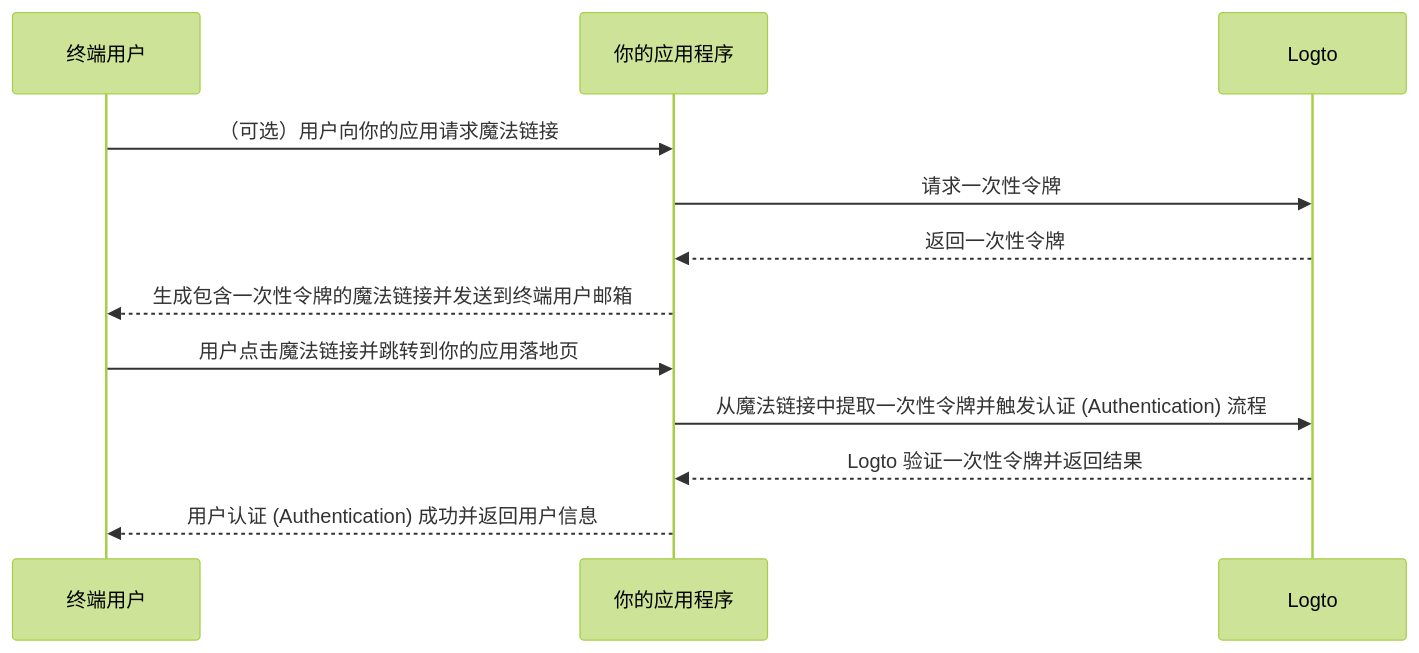
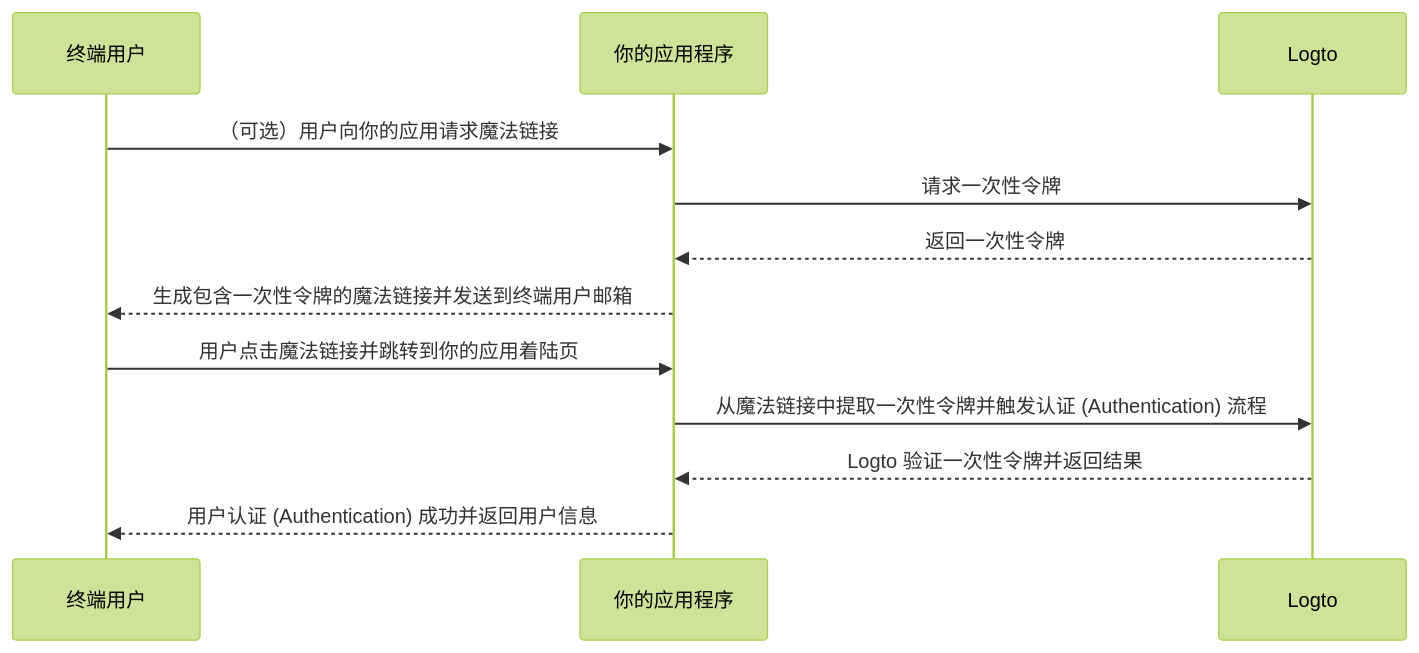
The diagram in i18n/zh-CN/docusaurus-plugin-content-docs/current/end-user-flows/one-time-token.mdx (logto-io/docs), drawn with Mermaid (forest theme) before and after one commit. The commit also changed other lines of this file and 46 other files, not shown here.

````diff
--- a/i18n/zh-CN/docusaurus-plugin-content-docs/current/end-user-flows/one-time-token.mdx
+++ b/i18n/zh-CN/docusaurus-plugin-content-docs/current/end-user-flows/one-time-token.mdx
@@ -24,15 +24,15 @@
 ```mermaid
 sequenceDiagram
   participant U as 终端用户
   participant C as 你的应用程序
   participant L as Logto
 
   U ->> C: （可选）用户向你的应用请求魔法链接
   C ->> L: 请求一次性令牌
   L -->> C: 返回一次性令牌
   C -->> U: 生成包含一次性令牌的魔法链接并发送到终端用户邮箱
-  U ->> C: 用户点击魔法链接并跳转到你的应用落地页
+  U ->> C: 用户点击魔法链接并跳转到你的应用着陆页
   C ->> L: 从魔法链接中提取一次性令牌并触发认证 (Authentication) 流程
   L -->> C: Logto 验证一次性令牌并返回结果
   C -->> U: 用户认证 (Authentication) 成功并返回用户信息
 ```
````
